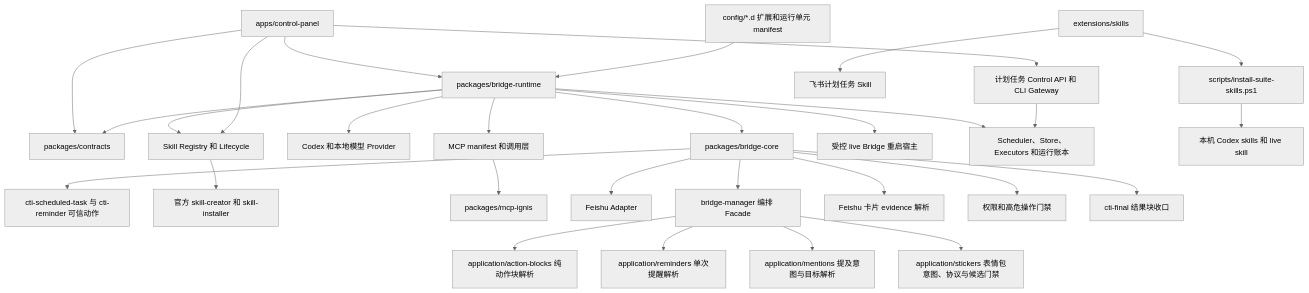
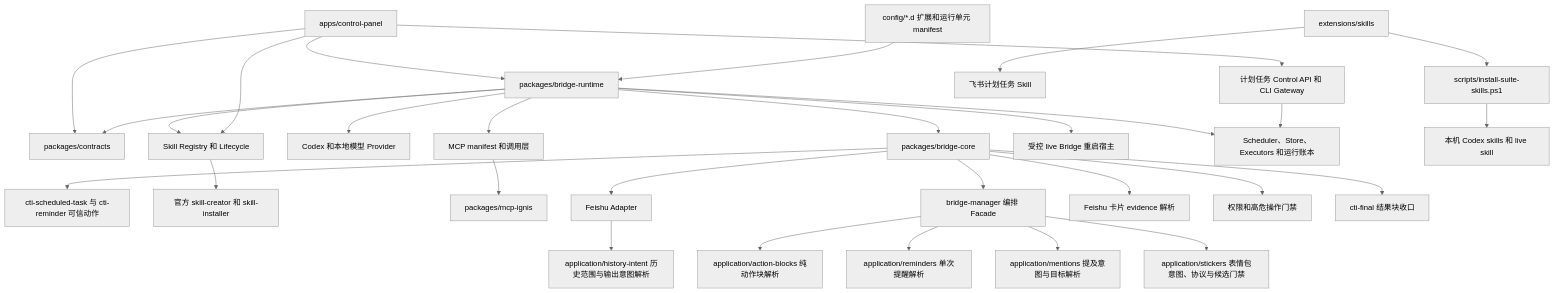
One commit to dddfuxi/codex-im-suite changed the second of 17 diagrams in docs/PROJECT-ARCHITECTURE.md. Above: the diagram before and after it, drawn with Mermaid (neutral theme). The commit also changed other lines of this file and 5 other files, not shown here.

Commit message:
refactor: extract history intent

````diff
--- a/docs/PROJECT-ARCHITECTURE.md
+++ b/docs/PROJECT-ARCHITECTURE.md
@@ -64,31 +64,32 @@
 ```mermaid
 flowchart TD
   Panel[apps/control-panel] --> Runtime[packages/bridge-runtime]
   Panel --> Contracts[packages/contracts]
   Runtime --> Contracts
   Runtime --> Core[packages/bridge-core]
   Runtime --> ProviderLayer[Codex 和本地模型 Provider]
   Runtime --> McpLayer[MCP manifest 和调用层]
   Runtime --> SkillLifecycle[Skill Registry 和 Lifecycle]
   Runtime --> BridgeControl[受控 live Bridge 重启宿主]
   Runtime --> ScheduledEngine[Scheduler、Store、Executors 和运行账本]
   Core --> ScheduledActions[cti-scheduled-task 与 cti-reminder 可信动作]
   Panel --> ScheduledGateway[计划任务 Control API 和 CLI Gateway]
   ScheduledGateway --> ScheduledEngine
   SkillLifecycle --> OfficialSkillTools[官方 skill-creator 和 skill-installer]
   Panel --> SkillLifecycle
   McpLayer --> IgnisPackage[packages/mcp-ignis]
   Core --> FeishuAdapter[Feishu Adapter]
   Core --> BridgeFacade[bridge-manager 编排 Facade]
   BridgeFacade --> ActionBlocks[application/action-blocks 纯动作块解析]
   BridgeFacade --> ReminderParsing[application/reminders 单次提醒解析]
   BridgeFacade --> MentionParsing[application/mentions 提及意图与目标解析]
   BridgeFacade --> StickerPolicy[application/stickers 表情包意图、协议与候选门禁]
+  FeishuAdapter --> HistoryIntent[application/history-intent 历史范围与输出意图解析]
   Core --> FeishuCardEvidence[Feishu 卡片 evidence 解析]
   Core --> PermissionBroker[权限和高危操作门禁]
   Core --> ReplyEnvelope[cti-final 结果块收口]
   Config[config/*.d 扩展和运行单元 manifest] --> Runtime
   Extensions[extensions/skills] --> Scripts[scripts/install-suite-skills.ps1]
   Extensions --> ScheduledSkill[飞书计划任务 Skill]
   Scripts --> CodexSkills[本机 Codex skills 和 live skill]
 ```
````
